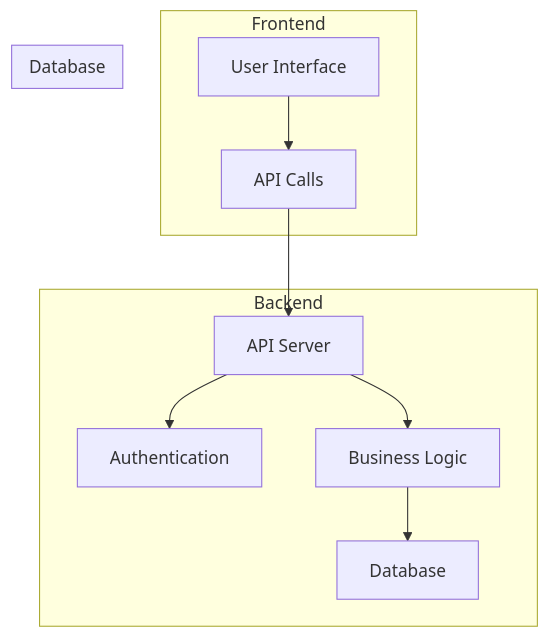
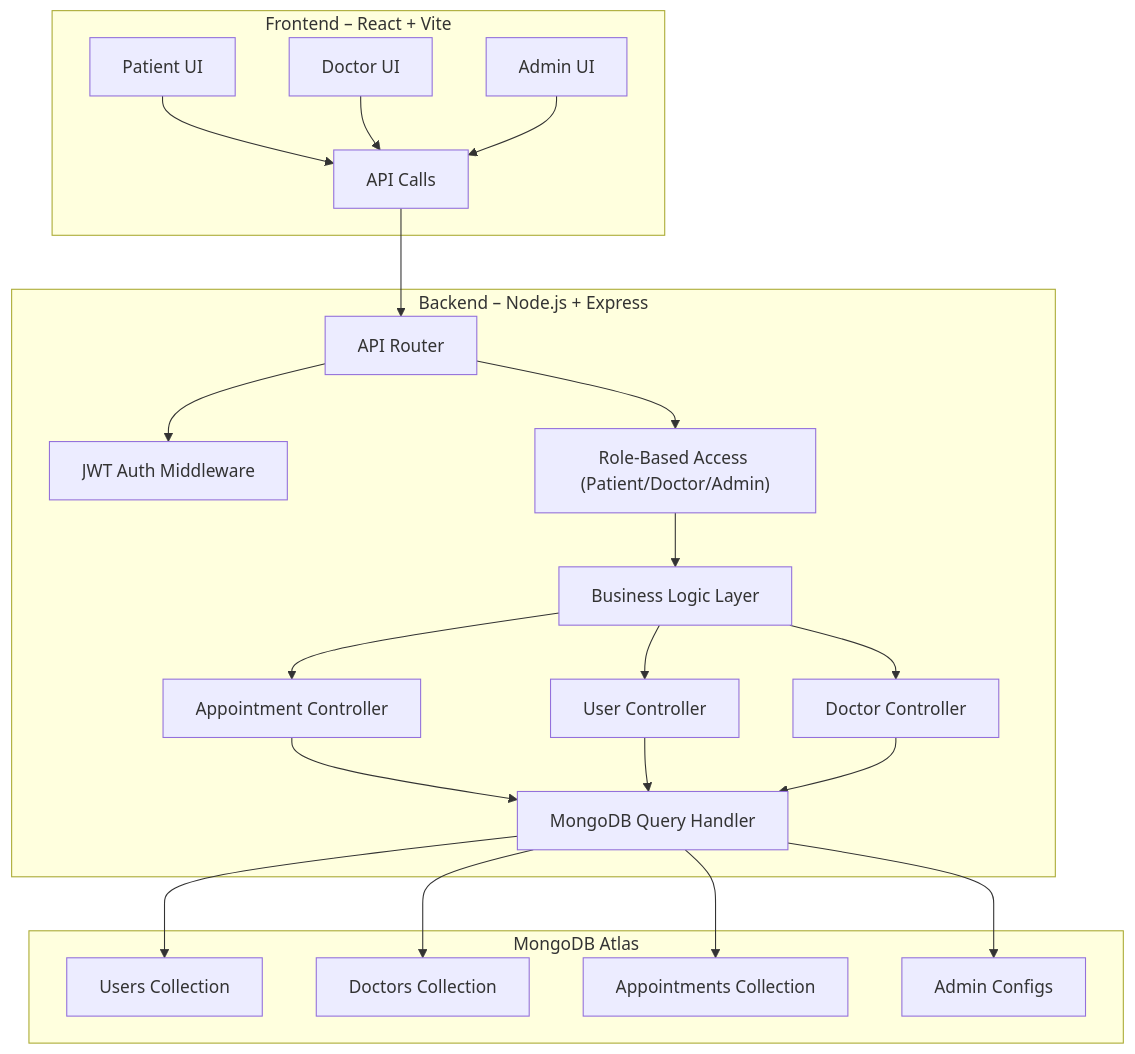
The diagram in ARCHITUCTURE.md (kalviumcommunity/S73_Dhairya_Capstone_DABS), drawn with Mermaid before and after one commit. The commit also changed other lines of this file, not shown here.

````diff
--- a/ARCHITUCTURE.md
+++ b/ARCHITUCTURE.md
@@ -51,15 +59,36 @@
 ```mermaid
 flowchart TD
-    subgraph Frontend
-      A[User Interface] --> B[API Calls]
+
+    %% FRONTEND
+    subgraph UI[Frontend – React + Vite]
+        A1[Patient UI]
+        A2[Doctor UI]
+        A3[Admin UI]
+        B1[API Calls]
+        A1 --> B1
+        A2 --> B1
+        A3 --> B1
     end
-    subgraph Backend
-      B --> C[API Server]
-      C --> D[Authentication]
-      C --> E[Business Logic]
-      E --> F[Database]
+
+    %% BACKEND
+    subgraph Server[Backend – Node.js + Express]
+        B1 --> C1[API Router]
+        C1 --> D1[JWT Auth Middleware]
+        C1 --> E1["Role-Based Access (Patient/Doctor/Admin)"]
+        E1 --> F1[Business Logic Layer]
+        F1 --> G1[Appointment Controller]
+        F1 --> G2[User Controller]
+        F1 --> G3[Doctor Controller]
+        G1 --> H1[MongoDB Query Handler]
+        G2 --> H1
+        G3 --> H1
     end
-    subgraph Database
-      F[Database]
+
+    %% DATABASE
+    subgraph DB[MongoDB Atlas]
+        H1 --> I1[Users Collection]
+        H1 --> I2[Doctors Collection]
+        H1 --> I3[Appointments Collection]
+        H1 --> I4[Admin Configs]
     end
 ```
````
